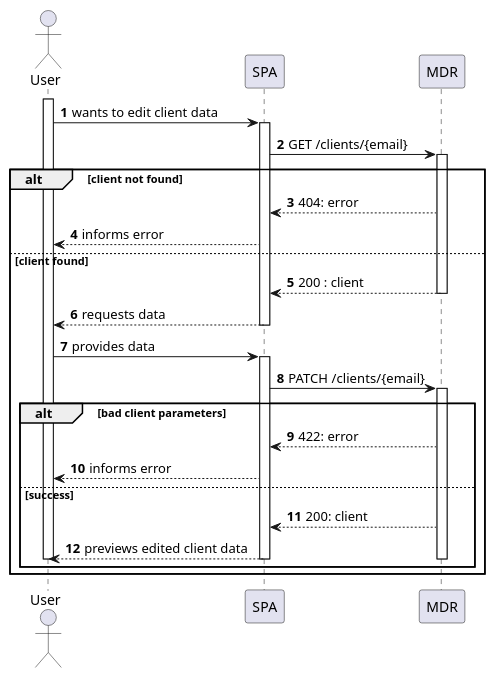
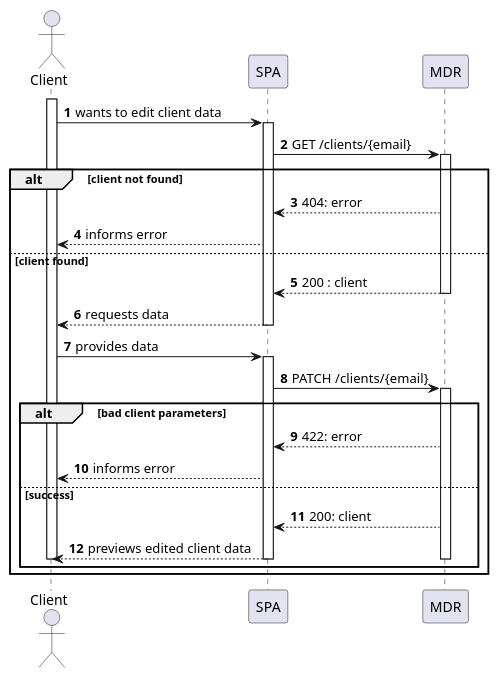
One commit to Departamento-de-Engenharia-Informatica/lapr5-23-24-g19 changed the diagram in docs/us100/level2/process-view.puml. Above: the diagram before and after it, drawn with PlantUML. The commit also changed 4 other files, not shown here.

```diff
--- a/docs/us100/level2/process-view.puml
+++ b/docs/us100/level2/process-view.puml
@@ -1,41 +1,39 @@
 @startuml
 
 autonumber
 
-actor "User" as usr
-
+actor "Client" as usr
 participant "SPA" as ui
-
 participant "MDR" as md
 
 activate usr
 usr -> ui : wants to edit client data
     activate ui
         ui -> md : GET /clients/{email}
         activate md
 alt client not found
             md --> ui : 404: error
             ui --> usr : informs error
 else client found
             md --> ui : 200 : client
         deactivate md
         ui --> usr : requests data
     deactivate ui
 
     usr -> ui : provides data
     activate ui
     ui -> md : PATCH /clients/{email}
         activate md
 alt bad client parameters
             md --> ui : 422: error
             ui --> usr : informs error
 else success
             md --> ui : 200: client
             ui --> usr : previews edited client data
         deactivate md
     deactivate ui
 deactivate usr
 end
 end
 
 @enduml
```
